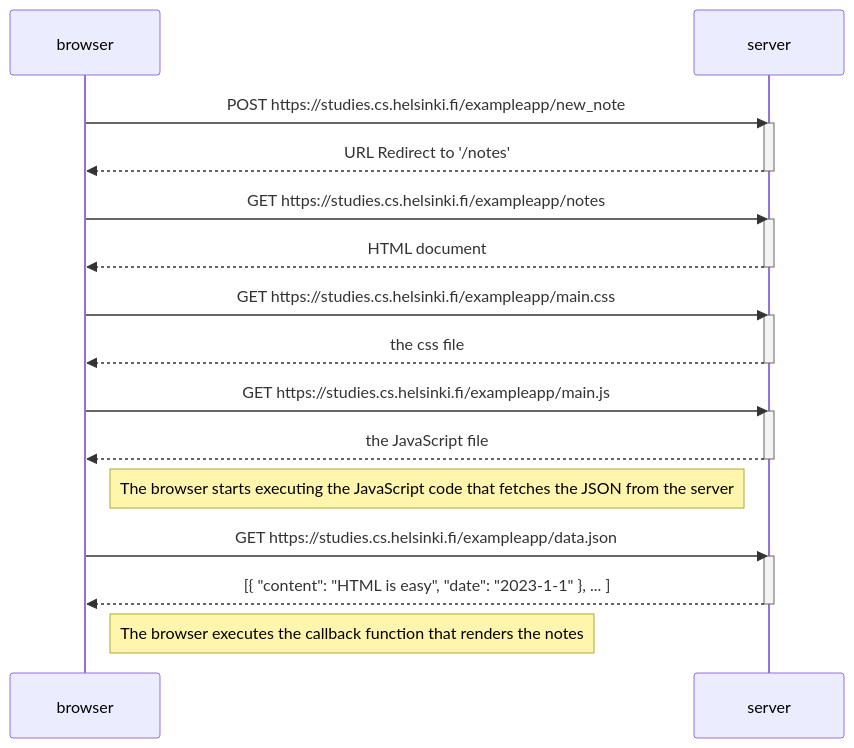
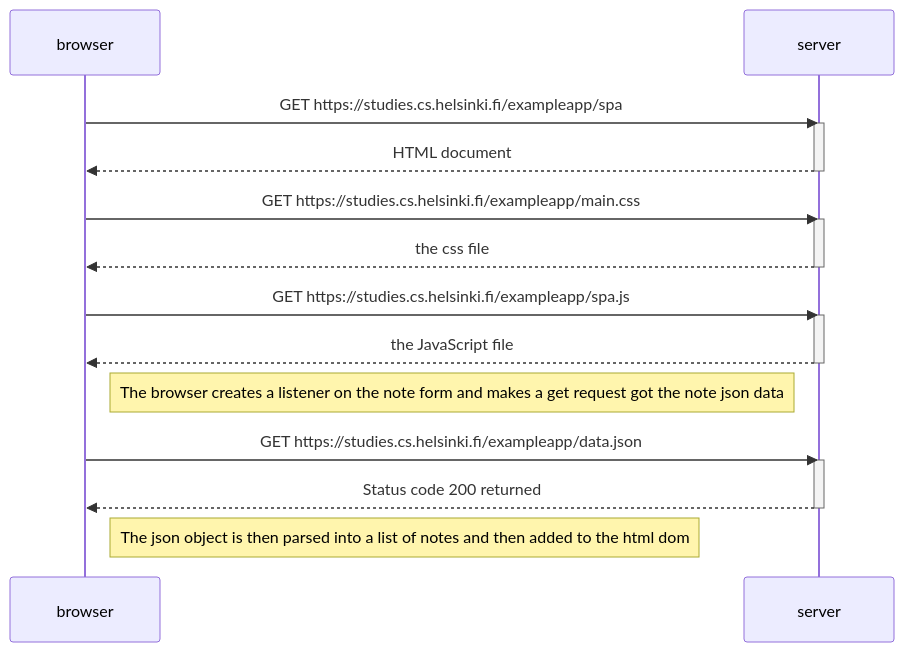
Before and after one commit to DannyNev-dev/fullstackopen: the diagram in part0/0.5.md, drawn with Mermaid.

Commit message:
Updated to the correct version of the file

````diff
--- a/part0/0.5.md
+++ b/part0/0.5.md
@@ -1,34 +1,30 @@
 ```mermaid
 sequenceDiagram
     participant browser
     participant server
 
-    browser->>server: POST https://studies.cs.helsinki.fi/exampleapp/new_note
-    activate server
-    server-->>browser: URL Redirect to '/notes'
-    deactivate server
-
-    browser->>server: GET https://studies.cs.helsinki.fi/exampleapp/notes
+    browser->>server: GET https://studies.cs.helsinki.fi/exampleapp/spa
     activate server
     server-->>browser: HTML document
     deactivate server
 
     browser->>server: GET https://studies.cs.helsinki.fi/exampleapp/main.css
     activate server
     server-->>browser: the css file
     deactivate server
 
-    browser->>server: GET https://studies.cs.helsinki.fi/exampleapp/main.js
+    browser->>server: GET https://studies.cs.helsinki.fi/exampleapp/spa.js
     activate server
     server-->>browser: the JavaScript file
     deactivate server
 
-    Note right of browser: The browser starts executing the JavaScript code that fetches the JSON from the server
+    Note right of browser: The browser creates a listener on the note form and makes a get request got the note json data
 
     browser->>server: GET https://studies.cs.helsinki.fi/exampleapp/data.json
     activate server
-    server-->>browser: [{ "content": "HTML is easy", "date": "2023-1-1" }, ... ]
+    server-->>browser: Status code 200 returned
     deactivate server
 
-    Note right of browser: The browser executes the callback function that renders the notes
+    Note right of browser: The json object is then parsed into a list of notes and then added to the html dom 
+    
 ```
````
